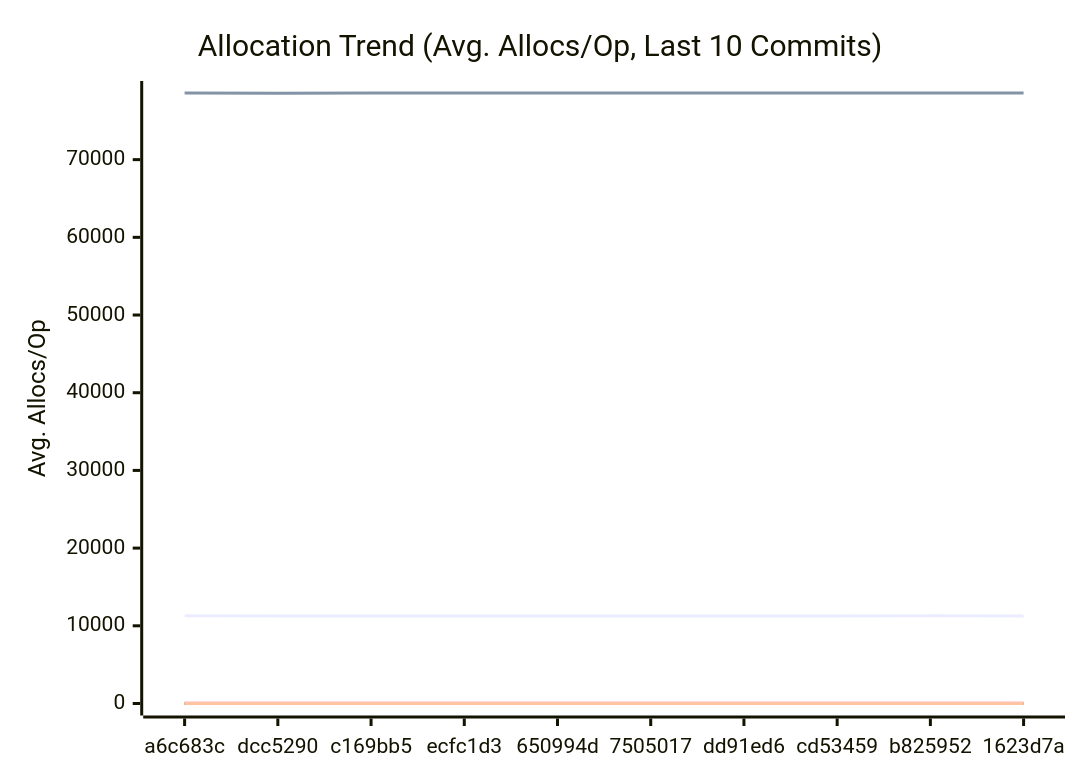
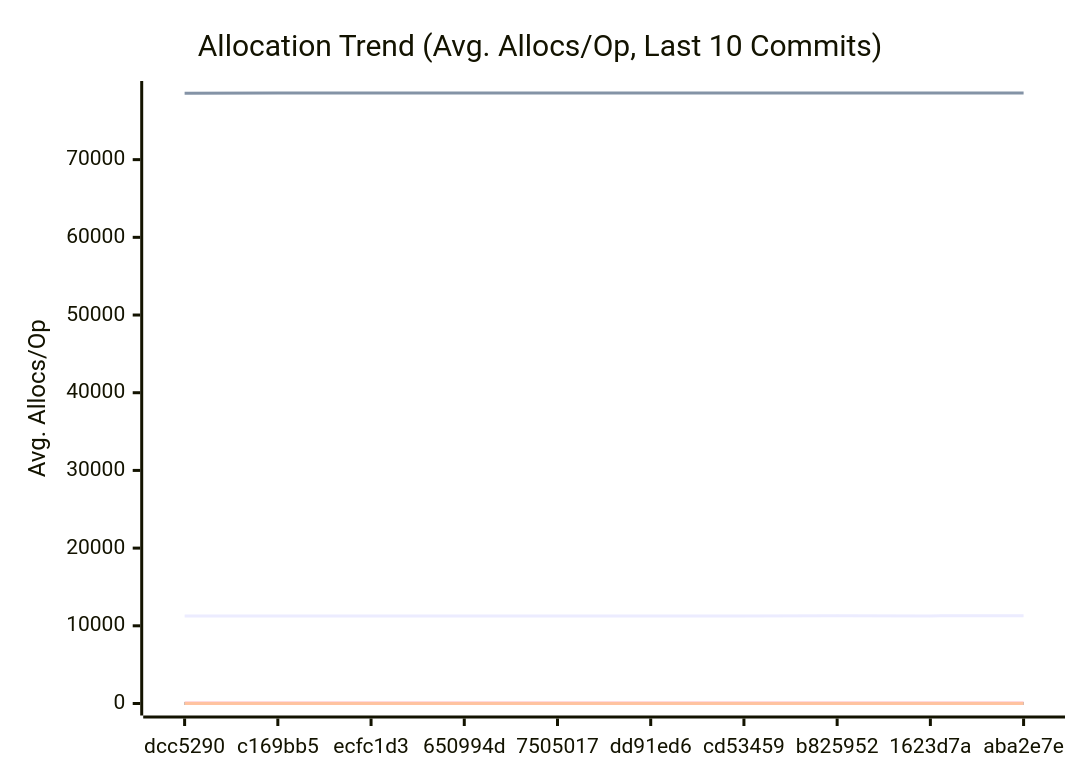
One commit to alsotoes/momo changed the third of 3 diagrams in docs/PERFORMANCE.md. Above: the diagram before and after it, drawn with Mermaid. The commit also changed other lines of this file and 2 other files, not shown here.

````diff
--- a/docs/PERFORMANCE.md
+++ b/docs/PERFORMANCE.md
@@ -197,20 +197,20 @@
 ```mermaid
 xychart-beta
     title "Allocation Trend (Avg. Allocs/Op, Last 10 Commits)"
     x-axis "Commit"
     y-axis "Avg. Allocs/Op"
-    x-axis [a6c683c,dcc5290,c169bb5,ecfc1d3,650994d,7505017,dd91ed6,cd53459,b825952,1623d7a]
-    line "AWSChunkedReaderSigned" [11284,11270,11276,11273,11274,11278,11271,11265,11282,11278]
-    line "AWSChunkedReaderUnsigned" [78561,78559,78564,78563,78571,78563,78564,78564,78577,78562]
+    x-axis [dcc5290,c169bb5,ecfc1d3,650994d,7505017,dd91ed6,cd53459,b825952,1623d7a,aba2e7e]
+    line "AWSChunkedReaderSigned" [11270,11276,11273,11274,11278,11271,11265,11282,11278,11284]
+    line "AWSChunkedReaderUnsigned" [78559,78564,78563,78571,78563,78564,78564,78577,78562,78561]
     line "CheckMetricsAndSwap" [0,0,0,0,0,0,0,0,0,0]
     line "CrushOptimized" [0,0,0,0,0,0,0,0,0,0]
     line "CrushOriginal" [3,3,3,3,3,3,3,3,3,3]
     line "IndexDirectTracking" [0,0,0,0,0,0,0,0,0,0]
     line "IndexSearch" [0,0,0,0,0,0,0,0,0,0]
     line "LoadGlobalConfig" [54,54,54,54,54,54,54,54,54,54]
     line "PadString" [1,1,1,1,1,1,1,1,1,1]
     line "ParseReplicationOrder_NoPrealloc" [6,6,6,6,6,5,5,5,5,5]
     line "ParseReplicationOrder_Prealloc" [2,2,2,2,2,1,1,1,1,1]
     line "SanitizeLog/Safe" [0,0,0,0,0,0,0,0,0,0]
     line "SanitizeLog/Unsafe" [1,1,1,1,1,1,1,1,1,1]
 ```
````
